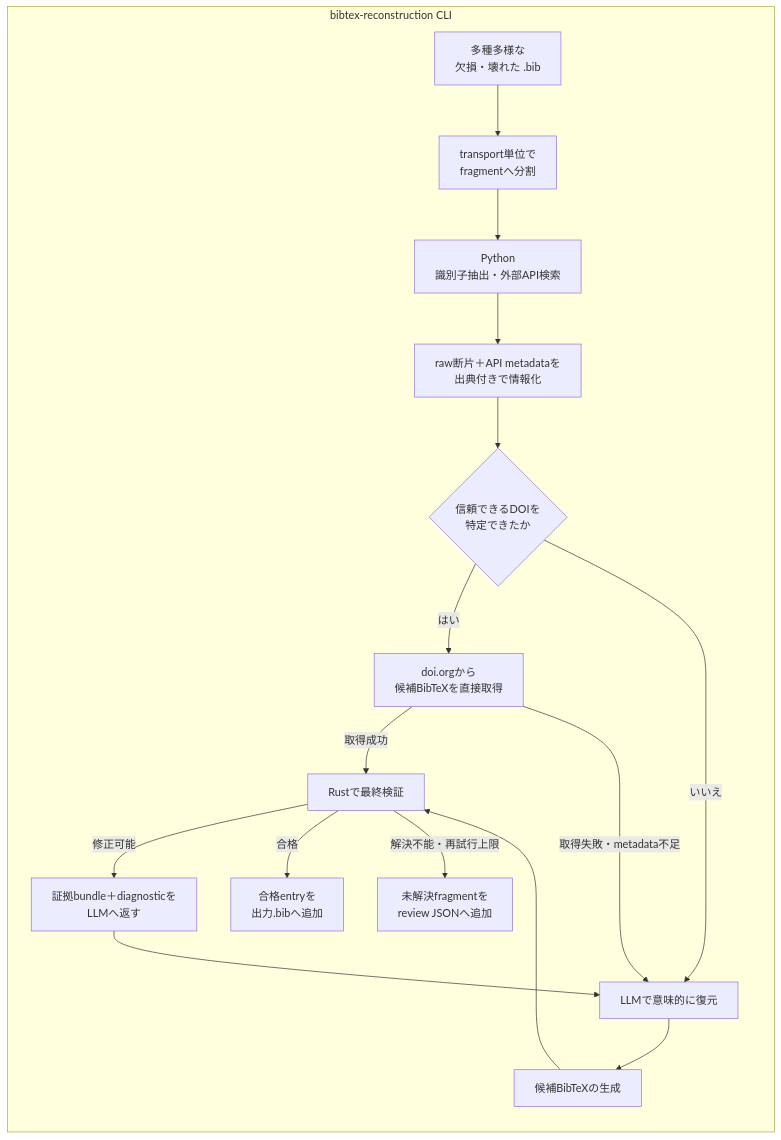
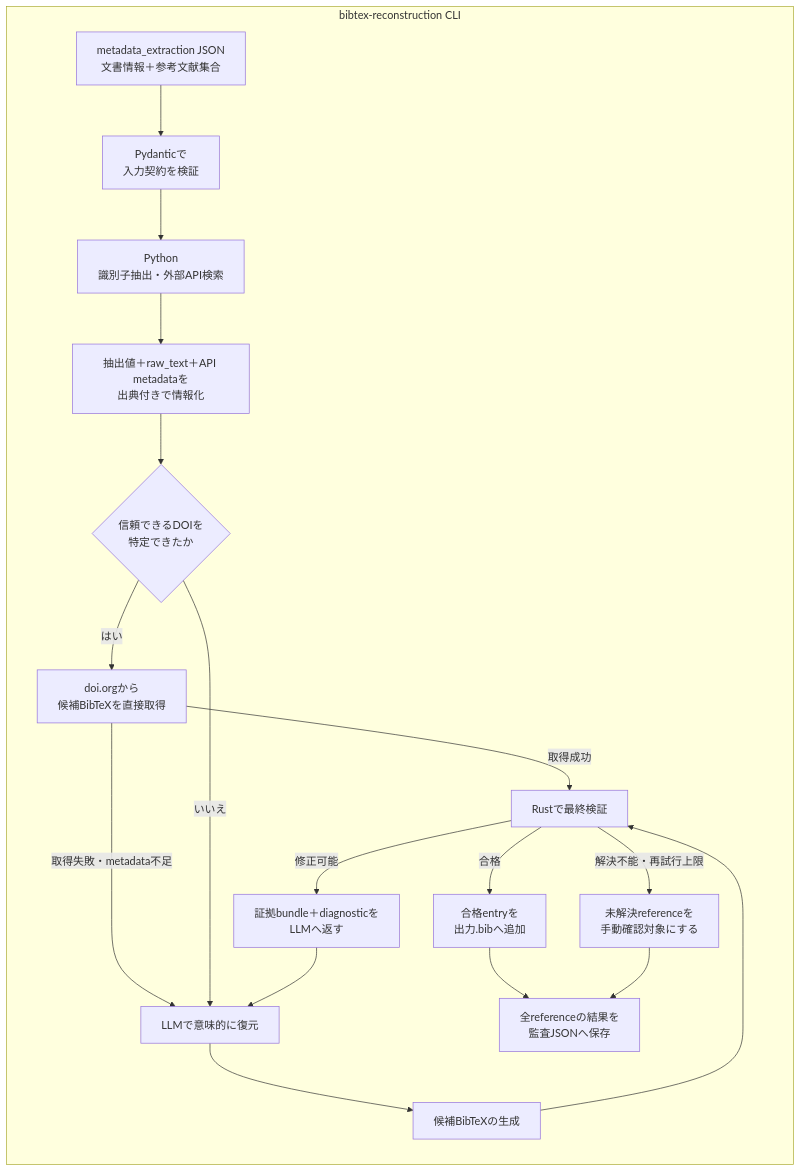
One commit to EhimeNLP/bibmgr changed the diagram in pipeline/bibtex_reconstruction/README.md. Above: the diagram before and after it, drawn with Mermaid. The commit also changed other lines of this file, not shown here.

````diff
--- a/pipeline/bibtex_reconstruction/README.md
+++ b/pipeline/bibtex_reconstruction/README.md
@@ -10,32 +10,35 @@
 ```mermaid
 flowchart LR
     subgraph INIT["bibtex-reconstruction CLI"]
-        RAW["多種多様な<br/>欠損・壊れた .bib"]
-        SPLIT["transport単位で<br/>fragmentへ分割"]
+        INPUT["metadata_extraction JSON<br/>文書情報＋参考文献集合"]
+        CONTRACT["Pydanticで<br/>入力契約を検証"]
         PYSEARCH["Python<br/>識別子抽出・外部API検索"]
-        EVIDENCE["raw断片＋API metadataを<br/>出典付きで情報化"]
+        EVIDENCE["抽出値＋raw_text＋API metadataを<br/>出典付きで情報化"]
         DOI{"信頼できるDOIを<br/>特定できたか"}
         DOIFETCH["doi.orgから<br/>候補BibTeXを直接取得"]
         LLM["LLMで意味的に復元"]
         CANDIDATE["候補BibTeXの生成"]
         RUSTCHECK["Rustで最終検証"]
         FEEDBACK["証拠bundle＋diagnosticを<br/>LLMへ返す"]
         OUTPUT["合格entryを<br/>出力.bibへ追加"]
-        REVIEW["未解決fragmentを<br/>review JSONへ追加"]
+        REVIEW["未解決referenceを<br/>手動確認対象にする"]
+        REPORT["全referenceの結果を<br/>監査JSONへ保存"]
 
-        RAW --> SPLIT
-        SPLIT --> PYSEARCH
+        INPUT --> CONTRACT
+        CONTRACT --> PYSEARCH
         PYSEARCH --> EVIDENCE
         EVIDENCE --> DOI
         DOI -- はい --> DOIFETCH
         DOIFETCH -- 取得成功 --> RUSTCHECK
         DOIFETCH -- 取得失敗・metadata不足 --> LLM
         DOI -- いいえ --> LLM
         LLM --> CANDIDATE
         CANDIDATE --> RUSTCHECK
         RUSTCHECK -- 修正可能 --> FEEDBACK
         FEEDBACK --> LLM
         RUSTCHECK -- 合格 --> OUTPUT
         RUSTCHECK -- 解決不能・再試行上限 --> REVIEW
+        OUTPUT --> REPORT
+        REVIEW --> REPORT
     end
 ```
````
